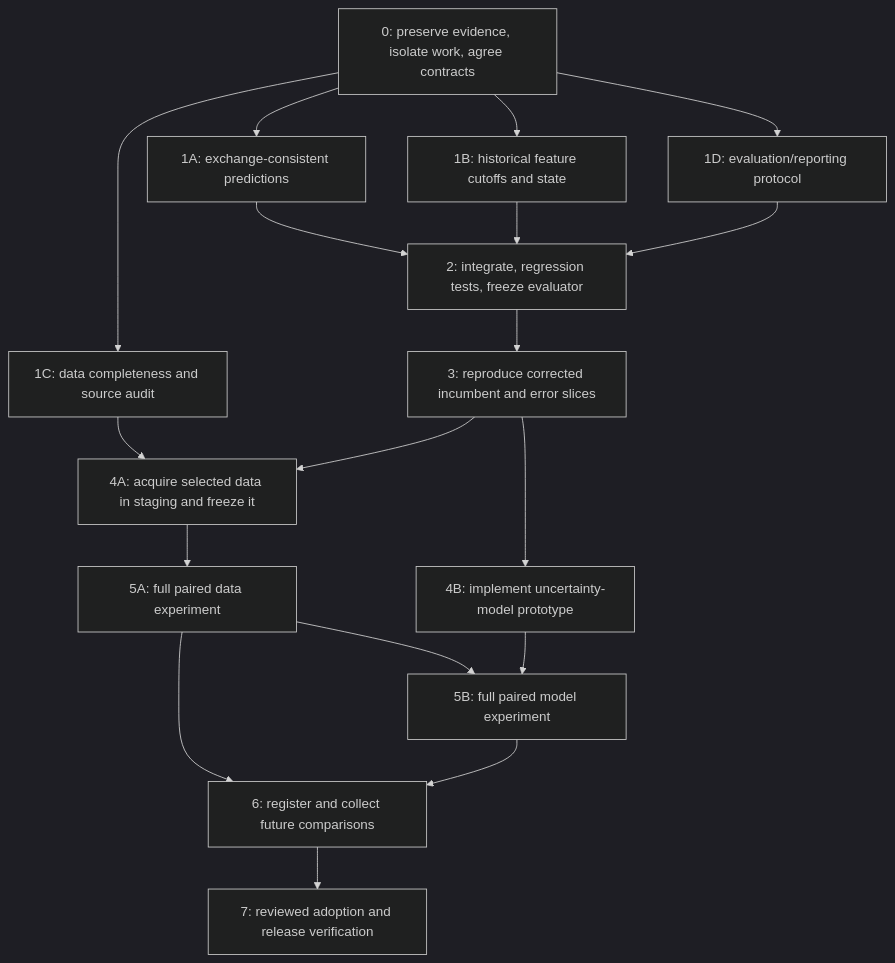
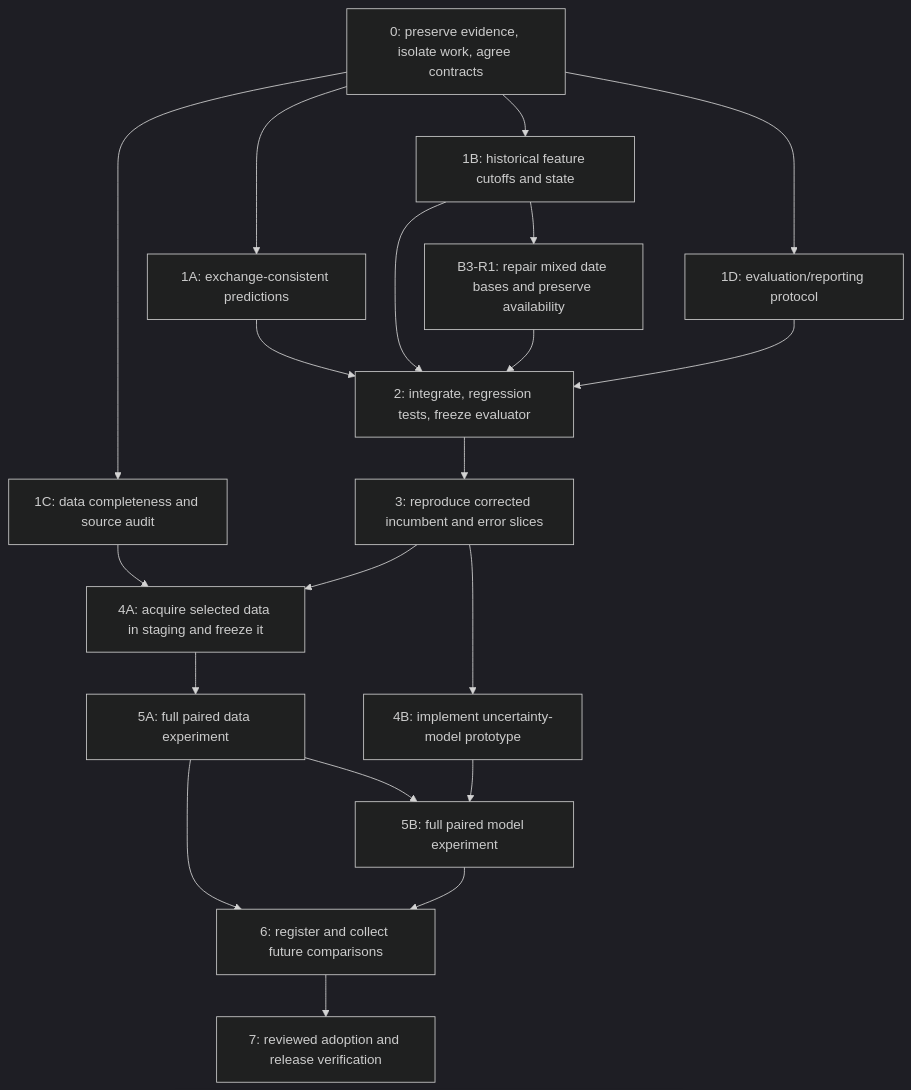
One commit to ARJUNVARMA2000/tennis-elo changed the diagram in tasks/research/2026-09-06-model-research-plan.md. Above: the diagram before and after it, drawn with Mermaid (dark theme). The commit also changed other lines of this file and 30 other files, not shown here.

````diff
--- a/tasks/research/2026-09-06-model-research-plan.md
+++ b/tasks/research/2026-09-06-model-research-plan.md
@@ -87,33 +93,36 @@
 ```mermaid
 flowchart TD
     P0[0: preserve evidence, isolate work, agree contracts]
     A[1A: exchange-consistent predictions]
     B[1B: historical feature cutoffs and state]
     C[1C: data completeness and source audit]
     D[1D: evaluation/reporting protocol]
+    TIMING[B3-R1: repair mixed date bases and preserve availability]
     I[2: integrate, regression tests, freeze evaluator]
     BASE[3: reproduce corrected incumbent and error slices]
     ACQ[4A: acquire selected data in staging and freeze it]
     SPIKE[4B: implement uncertainty-model prototype]
     DATA[5A: full paired data experiment]
     MODEL[5B: full paired model experiment]
     FUTURE[6: register and collect future comparisons]
     SHIP[7: reviewed adoption and release verification]
     P0 --> A
     P0 --> B
     P0 --> C
     P0 --> D
     A --> I
     B --> I
+    B --> TIMING
+    TIMING --> I
     D --> I
     I --> BASE
     C --> ACQ
     BASE --> ACQ
     BASE --> SPIKE
     ACQ --> DATA
     DATA --> MODEL
     SPIKE --> MODEL
     DATA --> FUTURE
     MODEL --> FUTURE
     FUTURE --> SHIP
 ```
````
